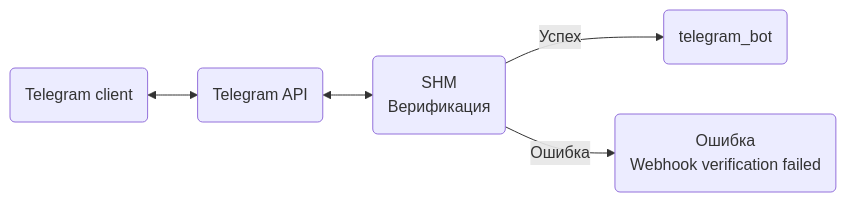
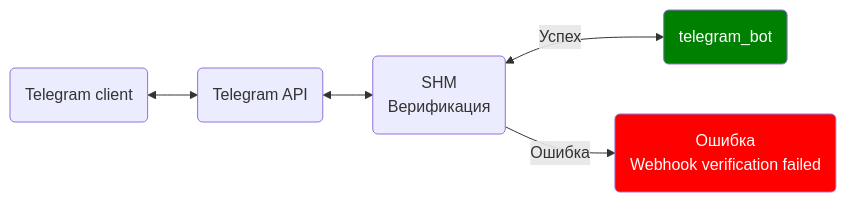
Before and after one commit to danuk/shm-docs: the second of 2 diagrams in content/ru/docs/setup/servers/transport/telegram.md, drawn with Mermaid.

````diff
--- a/content/ru/docs/setup/servers/transport/telegram.md
+++ b/content/ru/docs/setup/servers/transport/telegram.md
@@ -113,6 +113,10 @@
 ```mermaid
 flowchart LR
-    A(Telegram client) <--> B(Telegram API) <--> C(SHM\nВерификация):::gray
-    C -- Успех --> CS(telegram_bot):::green
+    classDef green fill:green,color:#fff
+    classDef red fill:red,color:#fff
+    classDef gray fill:gray,color:#fff
+
+    A(Telegram client) <--> B(Telegram API) <--> C(SHM\nВерификация)
+    C <-- Успех --> CS(telegram_bot):::green
     C -- Ошибка --> CE(Ошибка\nWebhook verification failed):::red
 ```
````
